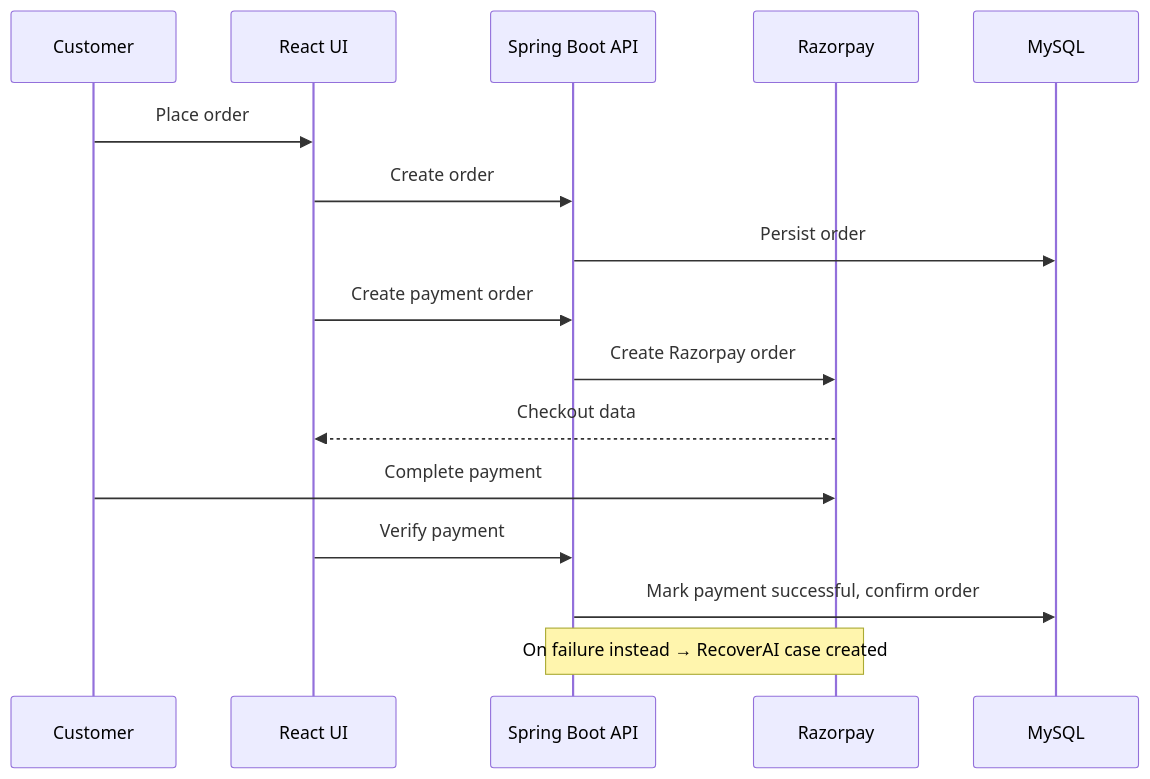
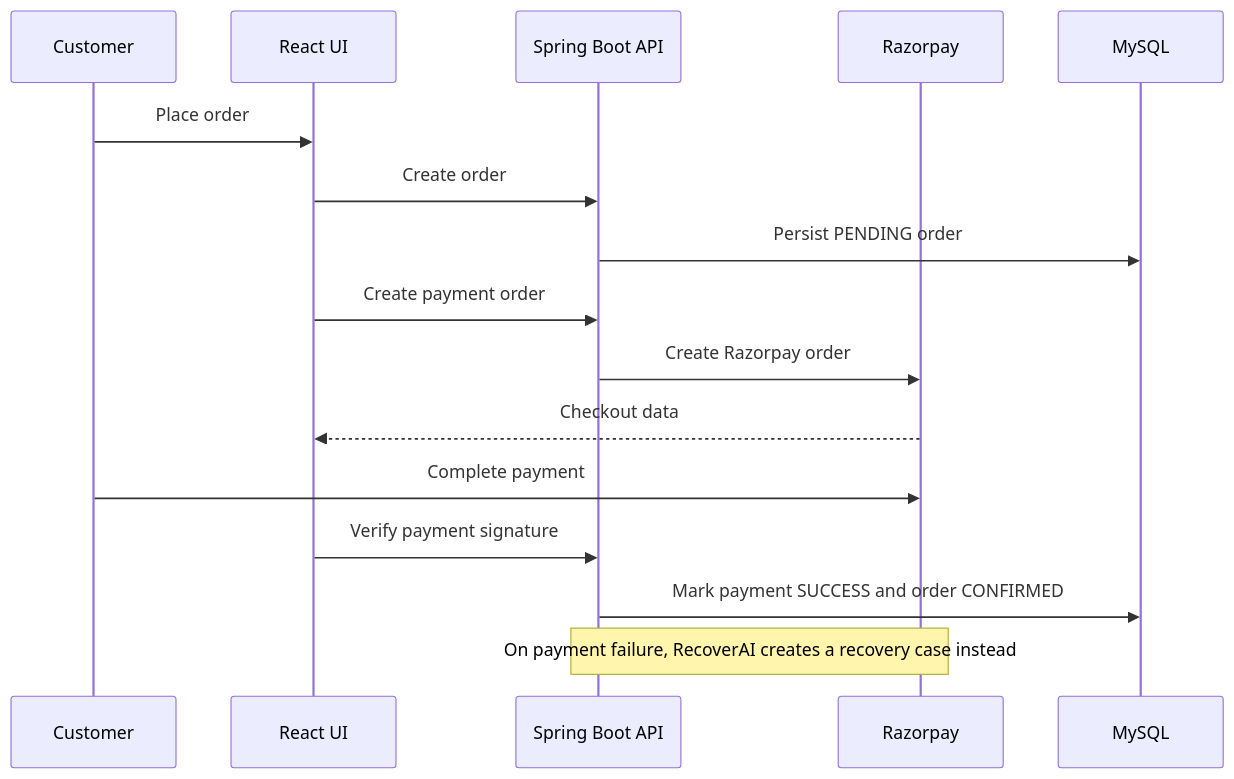
The second of 3 diagrams in README.md (swatipathak770/nexcart), drawn with Mermaid before and after one commit. The commit also changed other lines of this file, not shown here.

````diff
--- a/README.md
+++ b/README.md
@@ -118,19 +86,19 @@
 ```mermaid
 sequenceDiagram
     participant Customer
     participant UI as React UI
     participant API as Spring Boot API
     participant Razorpay
     participant DB as MySQL
- 
+
     Customer->>UI: Place order
     UI->>API: Create order
-    API->>DB: Persist order
+    API->>DB: Persist PENDING order
     UI->>API: Create payment order
     API->>Razorpay: Create Razorpay order
     Razorpay-->>UI: Checkout data
     Customer->>Razorpay: Complete payment
-    UI->>API: Verify payment
-    API->>DB: Mark payment successful, confirm order
-    Note over API,Razorpay: On failure instead → RecoverAI case created
+    UI->>API: Verify payment signature
+    API->>DB: Mark payment SUCCESS and order CONFIRMED
+    Note over API,Razorpay: On payment failure, RecoverAI creates a recovery case instead
 ```
````
